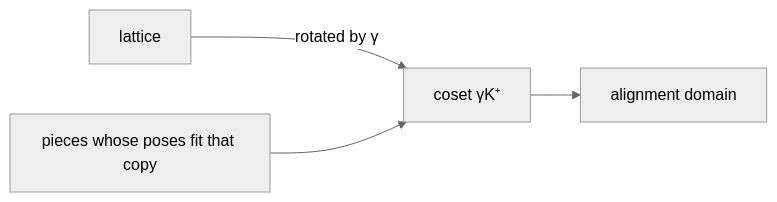
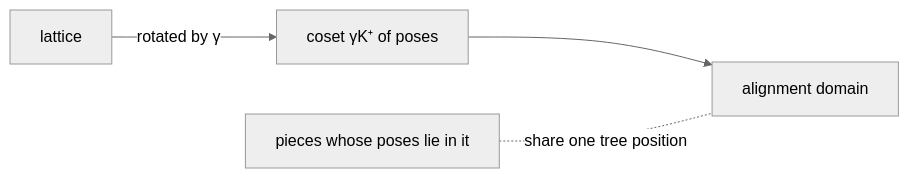
One commit to KonomiYuzu01/Magic-600-Cell changed the diagram in docs/progress/1.0/glossary/diagrams/alignment-domain.mmd. Above: the diagram before and after it, drawn with Mermaid (neutral theme). The commit also changed 40 other files, not shown here.

```diff
--- a/docs/progress/1.0/glossary/diagrams/alignment-domain.mmd
+++ b/docs/progress/1.0/glossary/diagrams/alignment-domain.mmd
@@ -1,4 +1,4 @@
 flowchart LR
-  L[lattice] -->|"rotated by γ"| C["coset γK⁺"]
-  P[pieces whose poses fit that copy] --> C
+  L[lattice] -->|"rotated by γ"| C["coset γK⁺ of poses"]
   C --> D[alignment domain]
+  P[pieces whose poses lie in it] -. share one tree position .- D
```
